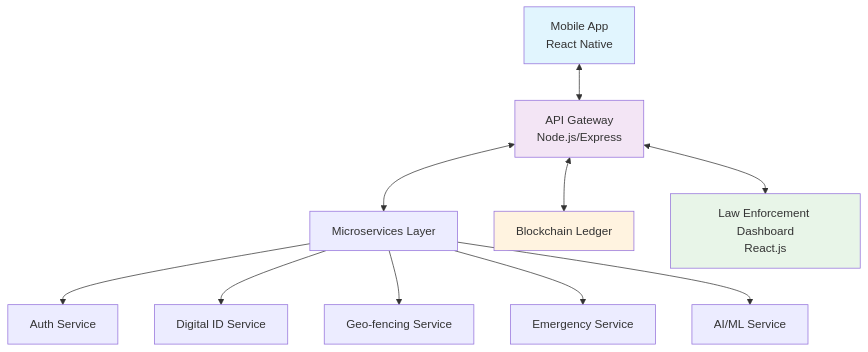
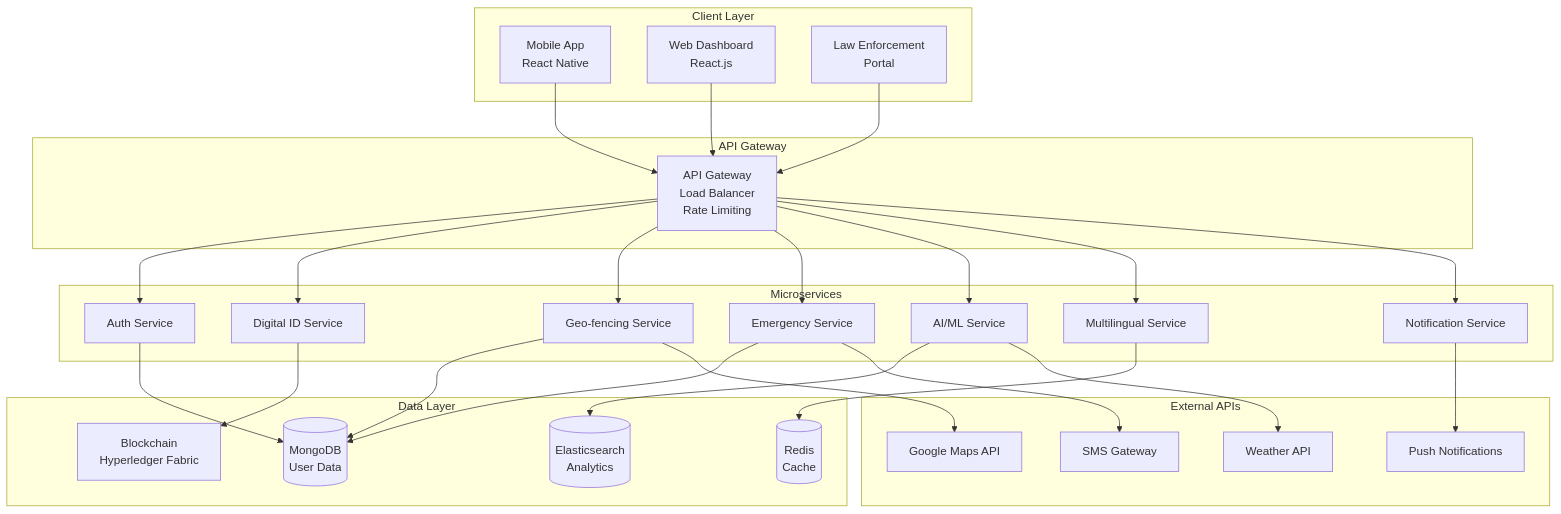
One commit to mnvsgn/SafeSafar changed the diagram in docs/README.md. Above: the diagram before and after it, drawn with Mermaid.

Commit message:
readme arch

````diff
--- a/docs/README.md
+++ b/docs/README.md
@@ -115,17 +115,59 @@
 ```mermaid
 graph TB
-   A[Mobile App<br/>React Native] <--> B[API Gateway<br/>Node.js/Express]
-   B <--> C[Microservices Layer]
-   C --> D[Auth Service]
-   C --> E[Digital ID Service]
-   C --> F[Geo-fencing Service]
-   C --> G[Emergency Service]
-   C --> H[AI/ML Service]
-   B <--> I[Blockchain Ledger]
-   B <--> J[Law Enforcement Dashboard<br/>React.js]
-   
-   style A fill:#e1f5fe
-   style B fill:#f3e5f5
-   style I fill:#fff3e0
-   style J fill:#e8f5e8
+    subgraph "Client Layer"
+        MA[Mobile App<br/>React Native]
+        WD[Web Dashboard<br/>React.js]
+        LE[Law Enforcement<br/>Portal]
+    end
+    
+    subgraph "API Gateway"
+        AG[API Gateway<br/>Load Balancer<br/>Rate Limiting]
+    end
+    
+    subgraph "Microservices"
+        AS[Auth Service]
+        DIS[Digital ID Service]
+        GS[Geo-fencing Service]
+        ES[Emergency Service]
+        AML[AI/ML Service]
+        MS[Multilingual Service]
+        NS[Notification Service]
+    end
+    
+    subgraph "Data Layer"
+        BC[Blockchain<br/>Hyperledger Fabric]
+        MDB[(MongoDB<br/>User Data)]
+        RDS[(Redis<br/>Cache)]
+        ES_DB[(Elasticsearch<br/>Analytics)]
+    end
+    
+    subgraph "External APIs"
+        GM[Google Maps API]
+        WA[Weather API]
+        SMS[SMS Gateway]
+        PUSH[Push Notifications]
+    end
+    
+    MA --> AG
+    WD --> AG
+    LE --> AG
+    AG --> AS
+    AG --> DIS
+    AG --> GS
+    AG --> ES
+    AG --> AML
+    AG --> MS
+    AG --> NS
+    
+    AS --> MDB
+    DIS --> BC
+    GS --> MDB
+    ES --> MDB
+    AML --> ES_DB
+    MS --> RDS
+    
+    GS --> GM
+    ES --> SMS
+    NS --> PUSH
+    AML --> WA
 ```
````
